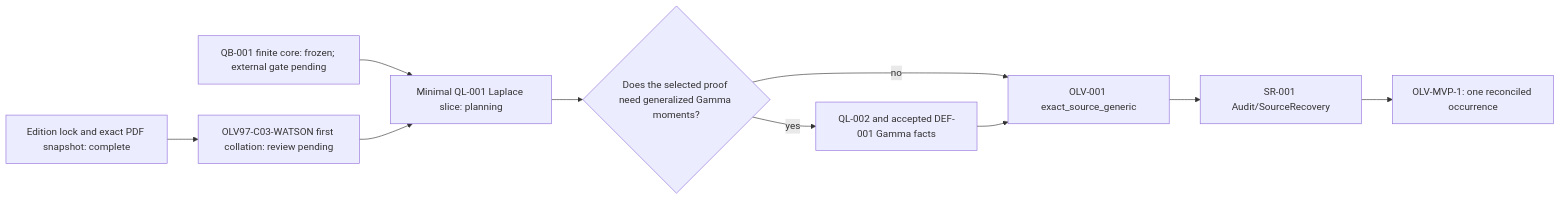
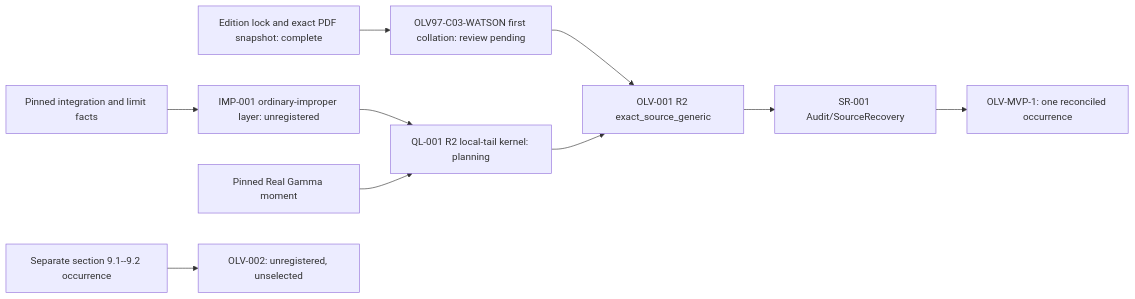
One commit to jaumededios/LMLF changed the third of 3 diagrams in blueprint/dependency_graph.md. Above: the diagram before and after it, drawn with Mermaid. The commit also changed other lines of this file and 36 other files, not shown here.

````diff
--- a/blueprint/dependency_graph.md
+++ b/blueprint/dependency_graph.md
@@ -105,12 +114,12 @@
 ```mermaid
 flowchart LR
   LOCK["Edition lock and exact PDF snapshot: complete"] --> COL["OLV97-C03-WATSON first collation: review pending"]
-  QB["QB-001 finite core: frozen; external gate pending"] --> QL["Minimal QL-001 Laplace slice: planning"]
-  COL --> QL
-  QL --> NEED{"Does the selected proof need generalized Gamma moments?"}
-  NEED -- "no" --> OLV["OLV-001 exact_source_generic"]
-  NEED -- "yes" --> GAM["QL-002 and accepted DEF-001 Gamma facts"]
-  GAM --> OLV
+  PIN["Pinned integration and limit facts"] --> IMP["IMP-001 ordinary-improper layer: unregistered"]
+  IMP --> QL["QL-001 R2 local-tail kernel: planning"]
+  MOM["Pinned Real Gamma moment"] --> QL
+  COL --> OLV["OLV-001 R2 exact_source_generic"]
+  QL --> OLV
   OLV --> SR["SR-001 Audit/SourceRecovery"]
   SR --> MVP["OLV-MVP-1: one reconciled occurrence"]
+  BOUNDS["Separate section 9.1--9.2 occurrence"] --> OLV2["OLV-002: unregistered, unselected"]
 ```
````
